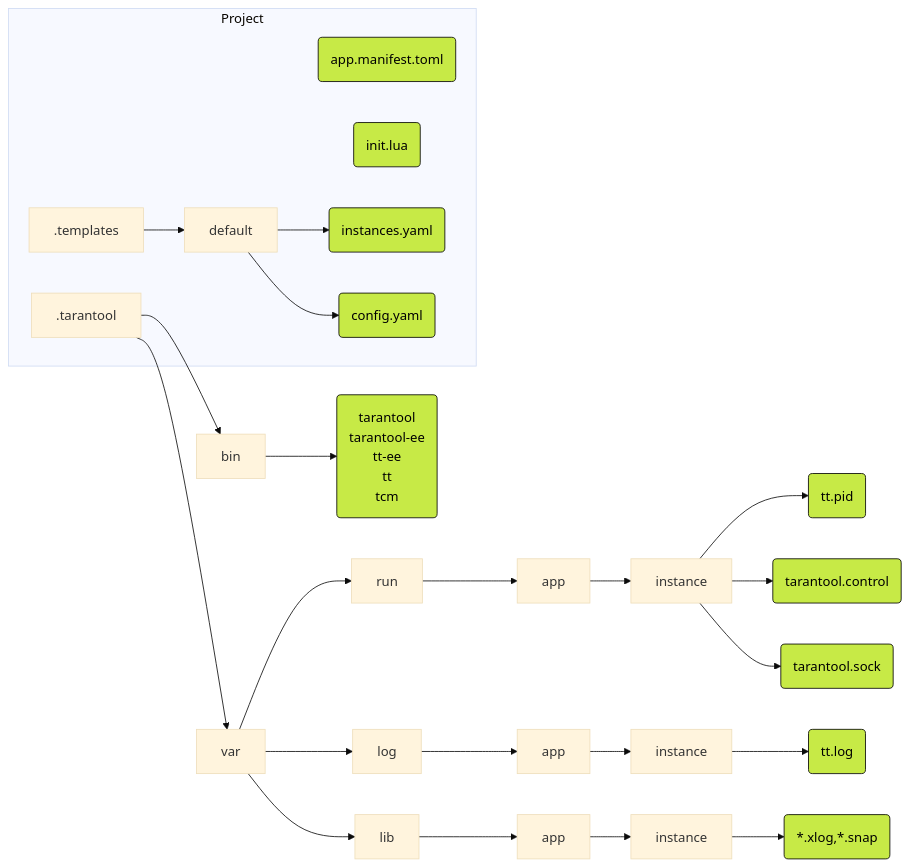
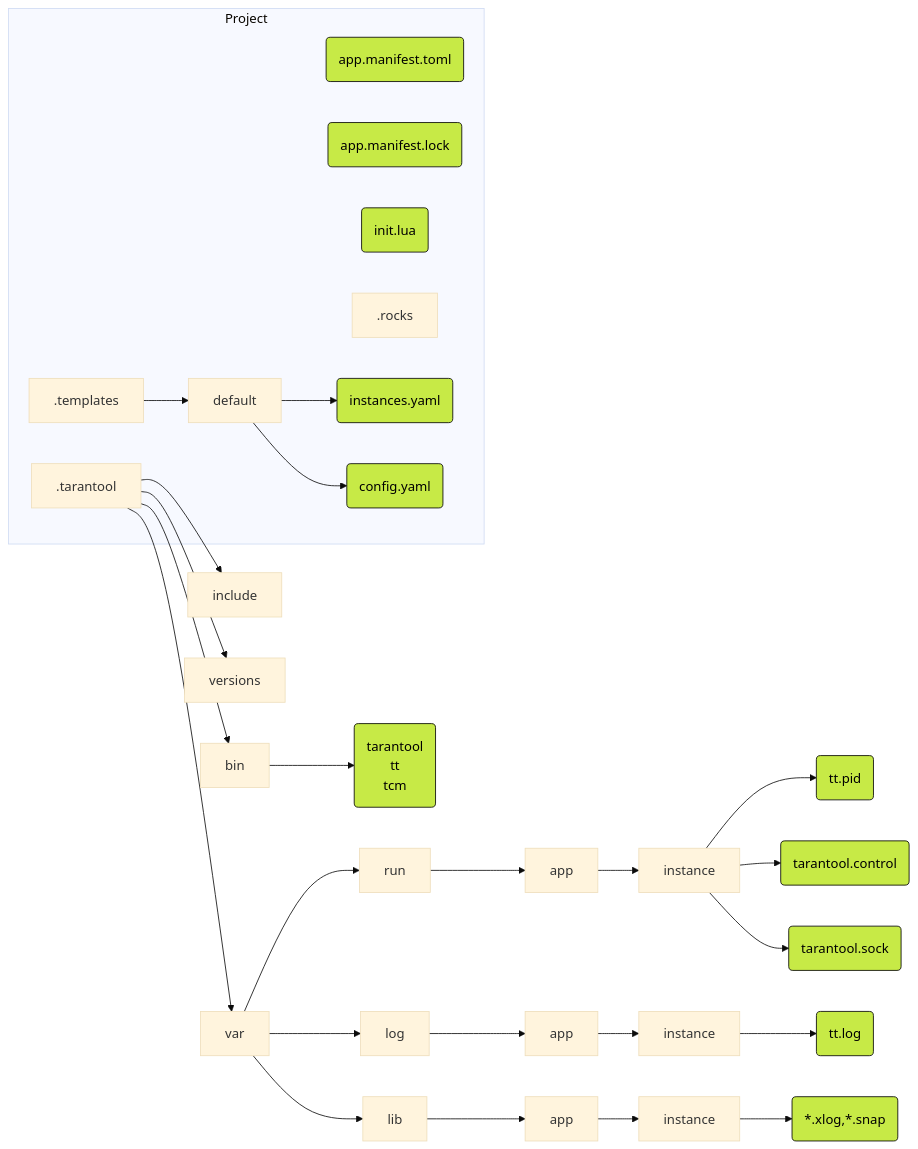
The diagram in README.md (tarantool/tt), drawn with Mermaid (base theme) before and after one commit. The commit also changed other lines of this file, not shown here.

````diff
--- a/README.md
+++ b/README.md
@@ -69,25 +72,29 @@
 ```mermaid
 graph LR
     %% Colors %%
     classDef lime fill:#C7EA46,stroke:#000,color:#000
 
     subgraph dot[Project]
       manifest(app.manifest.toml):::lime
+      lock(app.manifest.lock):::lime
       init(init.lua):::lime
+      rocks[.rocks]
       templates[.templates] --> template_default[default]
       template_default --> instances(instances.yaml):::lime
       template_default --> cluster_config(config.yaml):::lime
       root[.tarantool]
     end
     root --> bin
+    root --> include
+    root --> versions
     root --> var
     var --> run[run] --> app1[app] --> inst11[instance]
     inst11 --> pid1(tt.pid):::lime
     inst11 --> control1(tarantool.control):::lime
     inst11 --> binary1(tarantool.sock):::lime
 
     var --> log1[log] --> app2[app] --> inst12[instance] --> logfile1(tt.log):::lime
     var --> lib1[lib] --> app3[app] --> inst13[instance] --> xlogs1(*.xlog,*.snap):::lime
 
-    bin --> binaries(tarantool<br/>tarantool-ee<br/>tt-ee<br/>tt<br/>tcm):::lime
+    bin --> binaries(tarantool<br/>tt<br/>tcm):::lime
 ```
````
